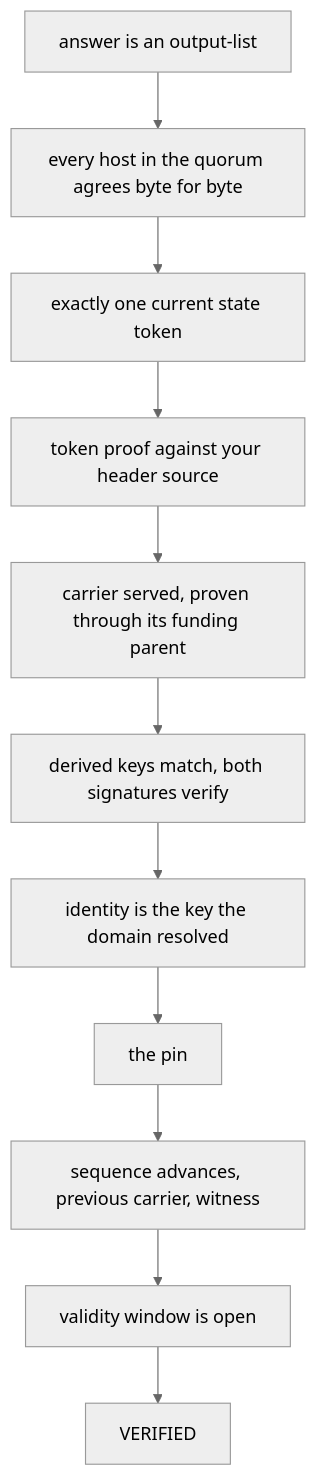
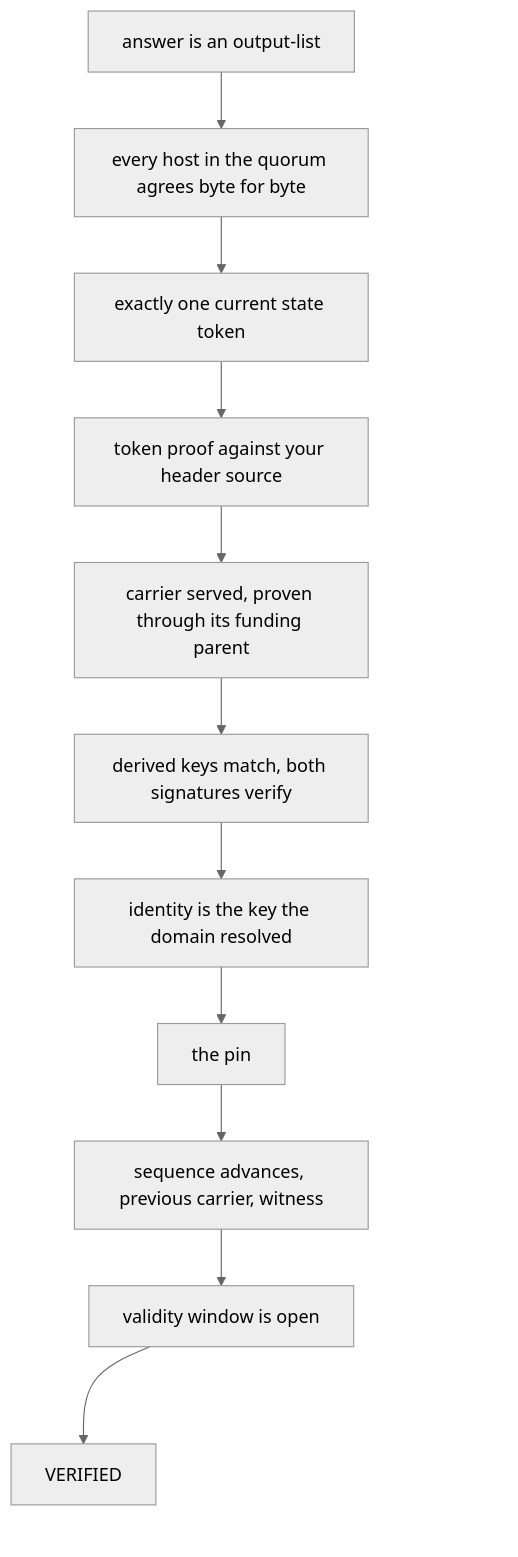
Before and after one commit to lightwebinc/bfinger: the second of 5 diagrams in docs/user-guide.md, drawn with Mermaid (neutral theme). The commit also changed other lines of this file and 9 other files, not shown here.

First line of the commit message:
[Fix] diagrams: a spacer where the viewer's controls land

````diff
--- a/docs/user-guide.md
+++ b/docs/user-guide.md
@@ -221,13 +226,18 @@
 ```mermaid
 flowchart TD
   A["answer is an output-list"] --> Q["every host in the quorum agrees byte for byte"]
   Q --> B["exactly one current state token"]
   B --> C["token proof against your header source"]
   C --> D["carrier served, proven through its funding parent"]
   D --> E["derived keys match, both signatures verify"]
   E --> R["identity is the key the domain resolved"]
   R --> F["the pin"]
   F --> G["sequence advances, previous carrier, witness"]
   G --> H["validity window is open"]
   H --> I["VERIFIED"]
+  %% The last node is an invisible spacer in the rightmost rank: the rendered
+  %% viewer places its zoom and pan controls over the bottom-right corner.
+  H ~~~ pad
+  pad["&nbsp;&nbsp;&nbsp;&nbsp;&nbsp;&nbsp;&nbsp;&nbsp;&nbsp;&nbsp;&nbsp;&nbsp;&nbsp;&nbsp;&nbsp;&nbsp;&nbsp;&nbsp;&nbsp;&nbsp;&nbsp;&nbsp;&nbsp;&nbsp;&nbsp;&nbsp;&nbsp;&nbsp;&nbsp;&nbsp;&nbsp;&nbsp;&nbsp;&nbsp;&nbsp;&nbsp;&nbsp;&nbsp;&nbsp;&nbsp;&nbsp;&nbsp;&nbsp;&nbsp;&nbsp;&nbsp;&nbsp;&nbsp;<br/>&nbsp;<br/>&nbsp;<br/>&nbsp;"]:::pad
+  classDef pad fill:none,stroke:none,color:transparent
 ```
````
